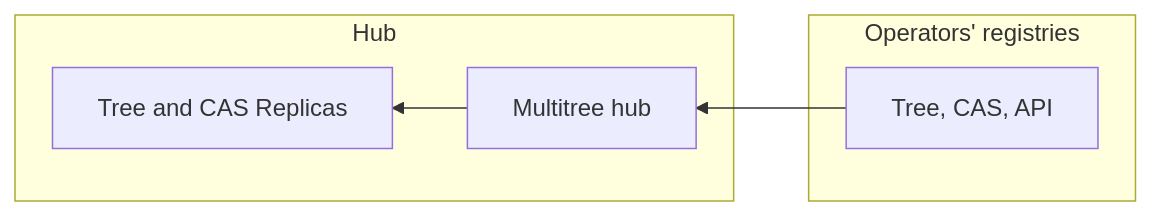
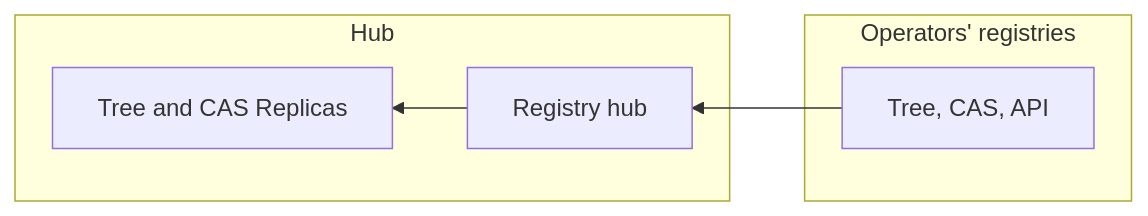
Before and after one commit to trustbloc/trustbloc-did-method: the fifth of 7 diagrams in docs/whitepaper/federated_sidetree.md, drawn with Mermaid. The commit also changed other lines of this file, not shown here.

````diff
--- a/docs/whitepaper/federated_sidetree.md
+++ b/docs/whitepaper/federated_sidetree.md
@@ -148,11 +132,11 @@
 ```mermaid
 graph RL
     subgraph Hub
-        HUB[Multitree hub]
+        HUB[Registry hub]
         HUB --> REPLICA[Tree and CAS Replicas]
 
     end
     subgraph Operators' registries
         OT3[Tree, CAS, API] --> HUB
     end
 ```
````
